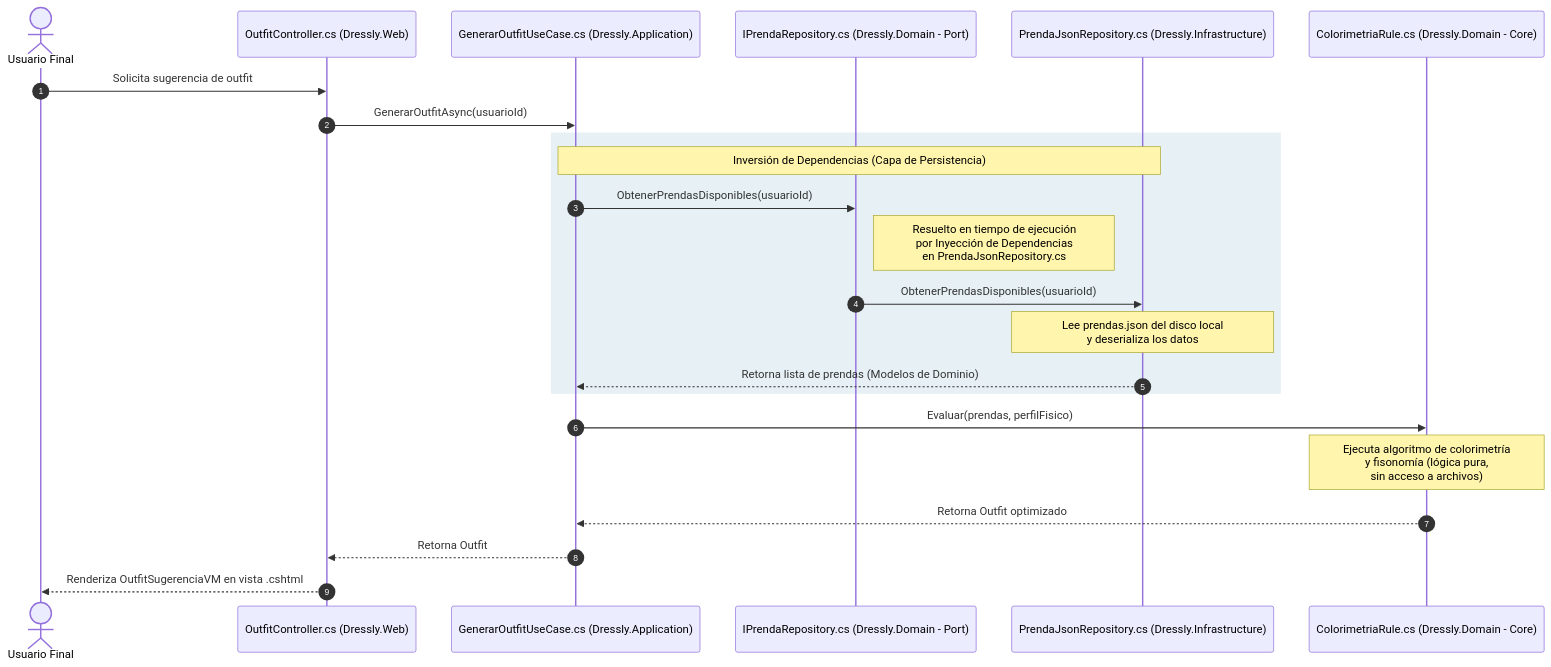
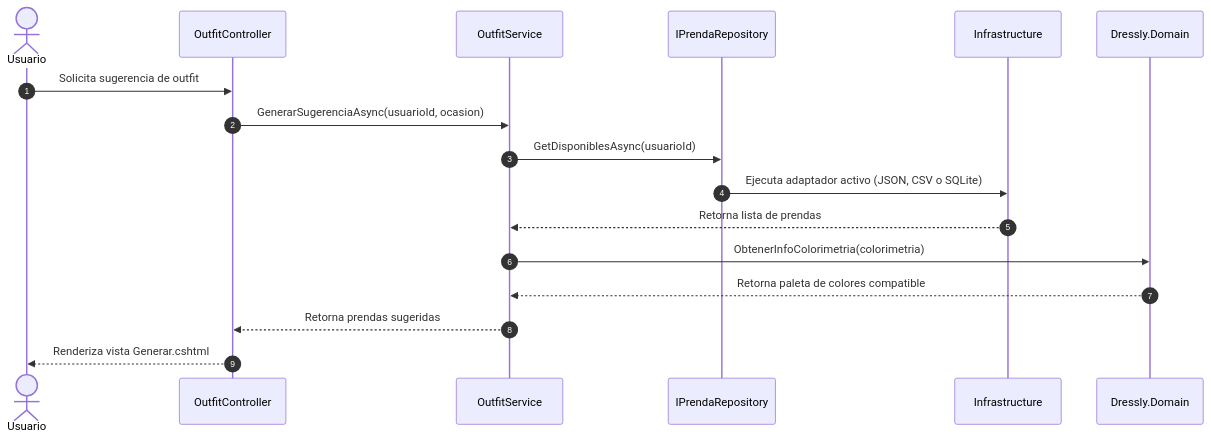
The second of 3 diagrams in Dressly/docs/ADR-03-Giovana-Diaz.md (GiovanaTSW/ADR-01-Giovana-Diaz), drawn with Mermaid before and after one commit. The commit also changed other lines of this file, not shown here.

````diff
--- a/Dressly/docs/ADR-03-Giovana-Diaz.md
+++ b/Dressly/docs/ADR-03-Giovana-Diaz.md
@@ -142,29 +144,20 @@
 ```mermaid
 sequenceDiagram
     autonumber
-    actor Usuario as Usuario Final
-    participant UI as OutfitController.cs (Dressly.Web)
-    participant UC as GenerarOutfitUseCase.cs (Dressly.Application)
-    participant PortOut as IPrendaRepository.cs (Dressly.Domain - Port)
-    participant Infra as PrendaJsonRepository.cs (Dressly.Infrastructure)
-    participant Domain as ColorimetriaRule.cs (Dressly.Domain - Core)
+    actor U as Usuario
+    participant C as OutfitController
+    participant S as OutfitService
+    participant R as IPrendaRepository
+    participant I as Infrastructure
+    participant D as Dressly.Domain
 
-    Usuario->>UI: Solicita sugerencia de outfit
-    UI->>UC: GenerarOutfitAsync(usuarioId)
-    
-    rect rgb(230, 240, 245)
-        Note over UC, Infra: Inversión de Dependencias (Capa de Persistencia)
-        UC->>PortOut: ObtenerPrendasDisponibles(usuarioId)
-        Note right of PortOut: Resuelto en tiempo de ejecución<br/>por Inyección de Dependencias<br/>en PrendaJsonRepository.cs
-        PortOut->>Infra: ObtenerPrendasDisponibles(usuarioId)
-        Note over Infra: Lee prendas.json del disco local<br/>y deserializa los datos
-        Infra-->>UC: Retorna lista de prendas (Modelos de Dominio)
-    end
-
-    UC->>Domain: Evaluar(prendas, perfilFisico)
-    Note over Domain: Ejecuta algoritmo de colorimetría<br/>y fisonomía (lógica pura,<br/>sin acceso a archivos)
-    Domain-->>UC: Retorna Outfit optimizado
-    
-    UC-->>UI: Retorna Outfit
-    UI-->>Usuario: Renderiza OutfitSugerenciaVM en vista .cshtml
+    U->>C: Solicita sugerencia de outfit
+    C->>S: GenerarSugerenciaAsync(usuarioId, ocasion)
+    S->>R: GetDisponiblesAsync(usuarioId)
+    R->>I: Ejecuta adaptador activo (JSON, CSV o SQLite)
+    I-->>S: Retorna lista de prendas
+    S->>D: ObtenerInfoColorimetria(colorimetria)
+    D-->>S: Retorna paleta de colores compatible
+    S-->>C: Retorna prendas sugeridas
+    C-->>U: Renderiza vista Generar.cshtml
 ```
````
